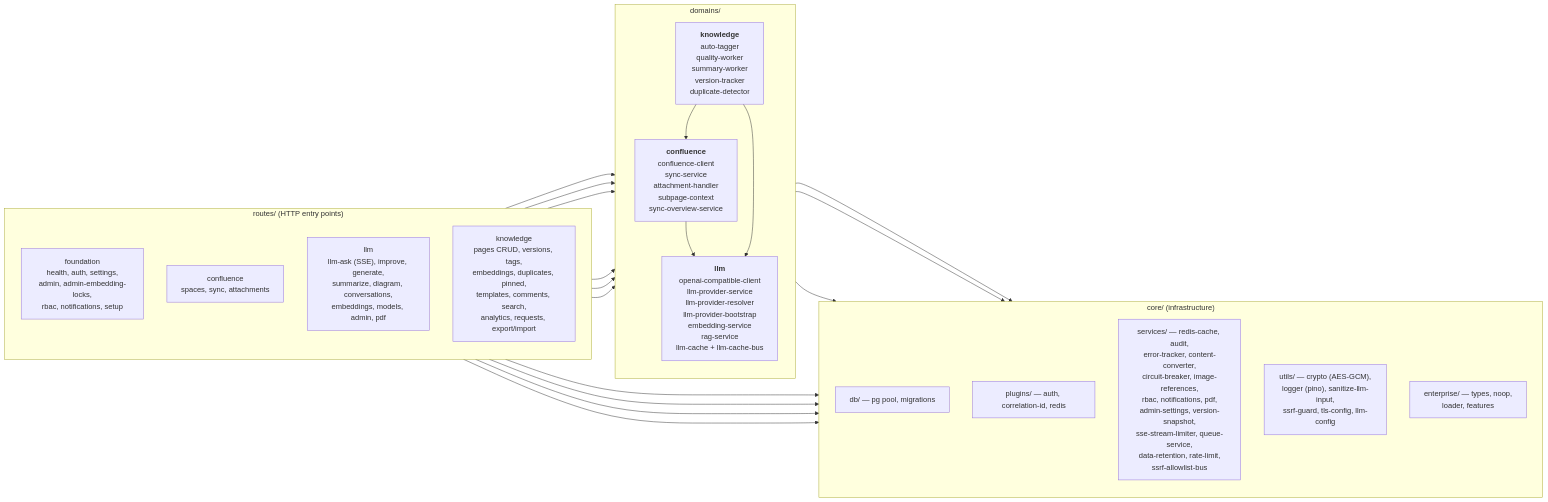
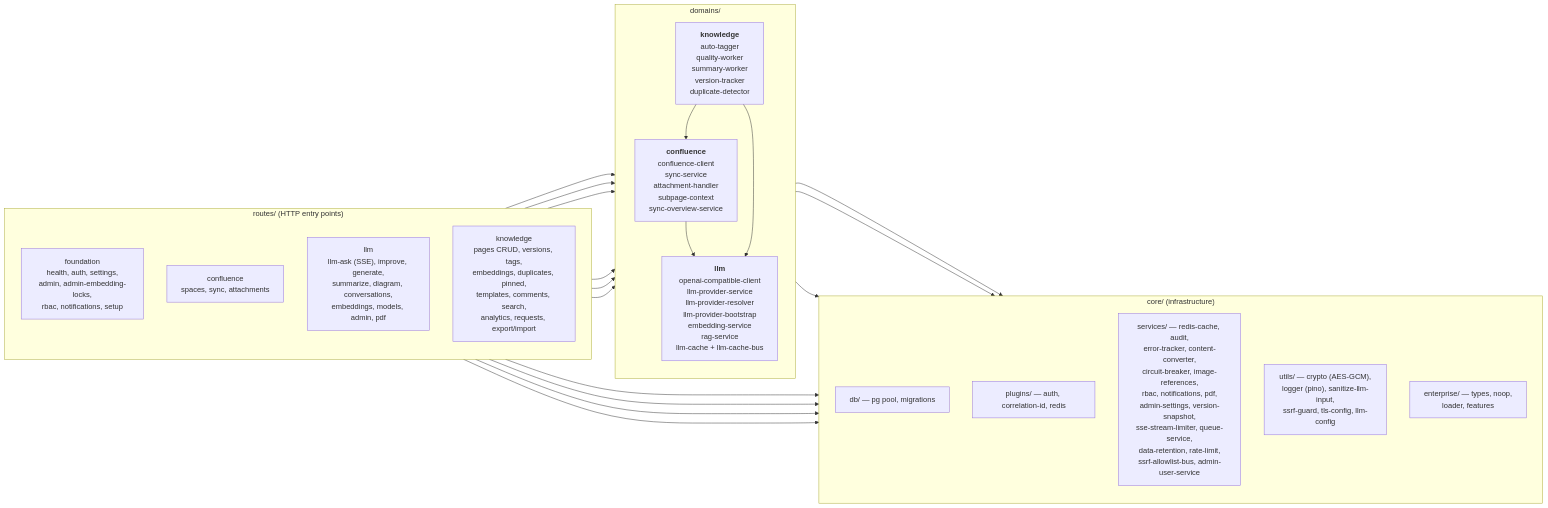
The first of 2 diagrams in docs/architecture/03-backend-domains.md (Compendiq/compendiq-ce), drawn with Mermaid before and after one commit. The commit also changed 15 other files, not shown here.

````diff
--- a/docs/architecture/03-backend-domains.md
+++ b/docs/architecture/03-backend-domains.md
@@ -9,44 +9,44 @@
 ```mermaid
 flowchart LR
     subgraph routes["routes/ (HTTP entry points)"]
         direction TB
         rF["foundation<br/>health, auth, settings,<br/>admin, admin-embedding-locks,<br/>rbac, notifications, setup"]
         rC["confluence<br/>spaces, sync, attachments"]
         rL["llm<br/>llm-ask (SSE), improve, generate,<br/>summarize, diagram, conversations,<br/>embeddings, models, admin, pdf"]
         rK["knowledge<br/>pages CRUD, versions, tags,<br/>embeddings, duplicates, pinned,<br/>templates, comments, search,<br/>analytics, requests, export/import"]
     end
 
     subgraph domains["domains/"]
         direction TB
         dC["<b>confluence</b><br/>confluence-client<br/>sync-service<br/>attachment-handler<br/>subpage-context<br/>sync-overview-service"]
         dL["<b>llm</b><br/>openai-compatible-client<br/>llm-provider-service<br/>llm-provider-resolver<br/>llm-provider-bootstrap<br/>embedding-service<br/>rag-service<br/>llm-cache + llm-cache-bus"]
         dK["<b>knowledge</b><br/>auto-tagger<br/>quality-worker<br/>summary-worker<br/>version-tracker<br/>duplicate-detector"]
     end
 
     subgraph core["core/ (infrastructure)"]
         direction TB
         cDB["db/ — pg pool, migrations"]
         cPlug["plugins/ — auth, correlation-id, redis"]
-        cSvc["services/ — redis-cache, audit,<br/>error-tracker, content-converter,<br/>circuit-breaker, image-references,<br/>rbac, notifications, pdf,<br/>admin-settings, version-snapshot,<br/>sse-stream-limiter, queue-service,<br/>data-retention, rate-limit,<br/>ssrf-allowlist-bus"]
+        cSvc["services/ — redis-cache, audit,<br/>error-tracker, content-converter,<br/>circuit-breaker, image-references,<br/>rbac, notifications, pdf,<br/>admin-settings, version-snapshot,<br/>sse-stream-limiter, queue-service,<br/>data-retention, rate-limit,<br/>ssrf-allowlist-bus, admin-user-service"]
         cUtil["utils/ — crypto (AES-GCM),<br/>logger (pino), sanitize-llm-input,<br/>ssrf-guard, tls-config, llm-config"]
         cEnt["enterprise/ — types, noop,<br/>loader, features"]
     end
 
     rF --> core
     rC --> core
     rC --> dC
     rL --> core
     rL --> dL
     rL --> dC
     rK --> core
     rK --> dK
     rK --> dL
     rK --> dC
 
     dC --> core
     dC --> dL
     dL --> core
     dK --> core
     dK --> dL
     dK --> dC
 ```
````
